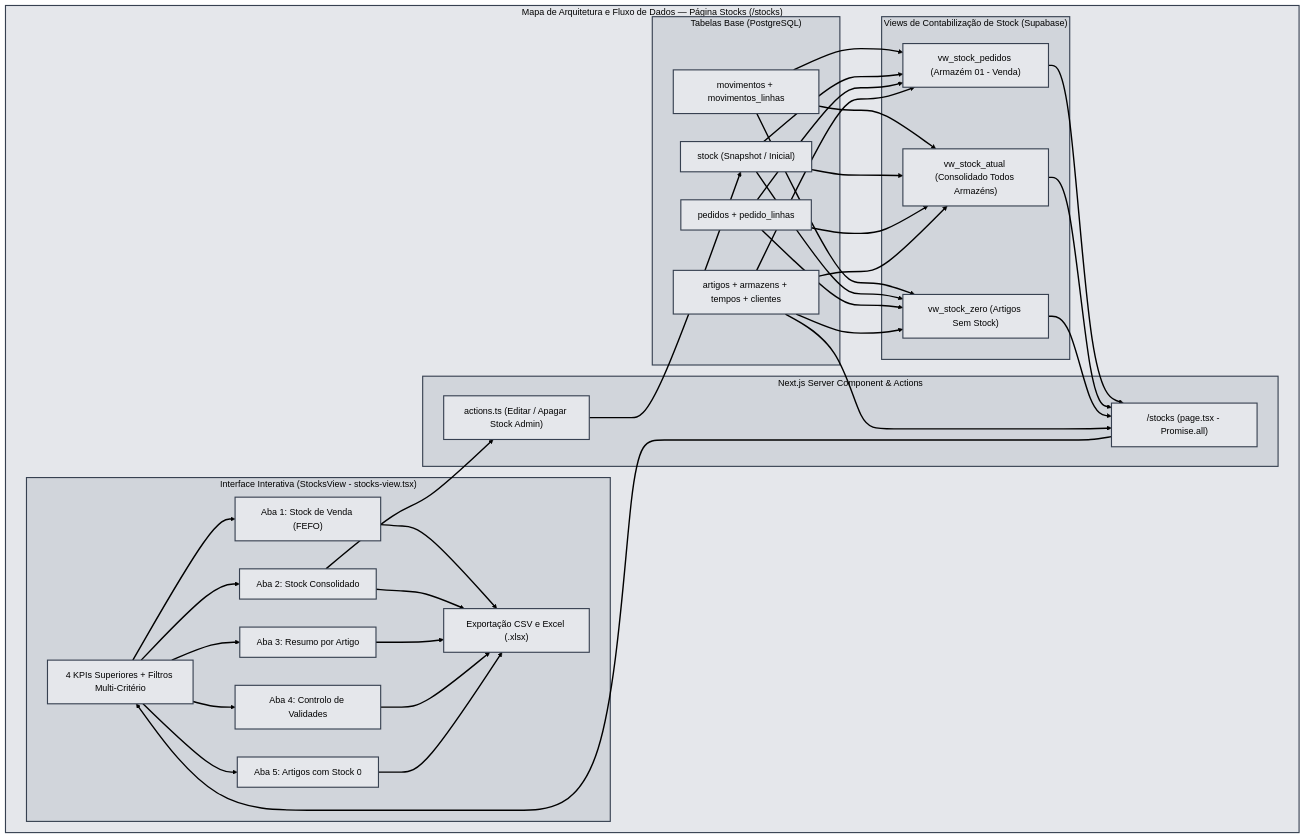
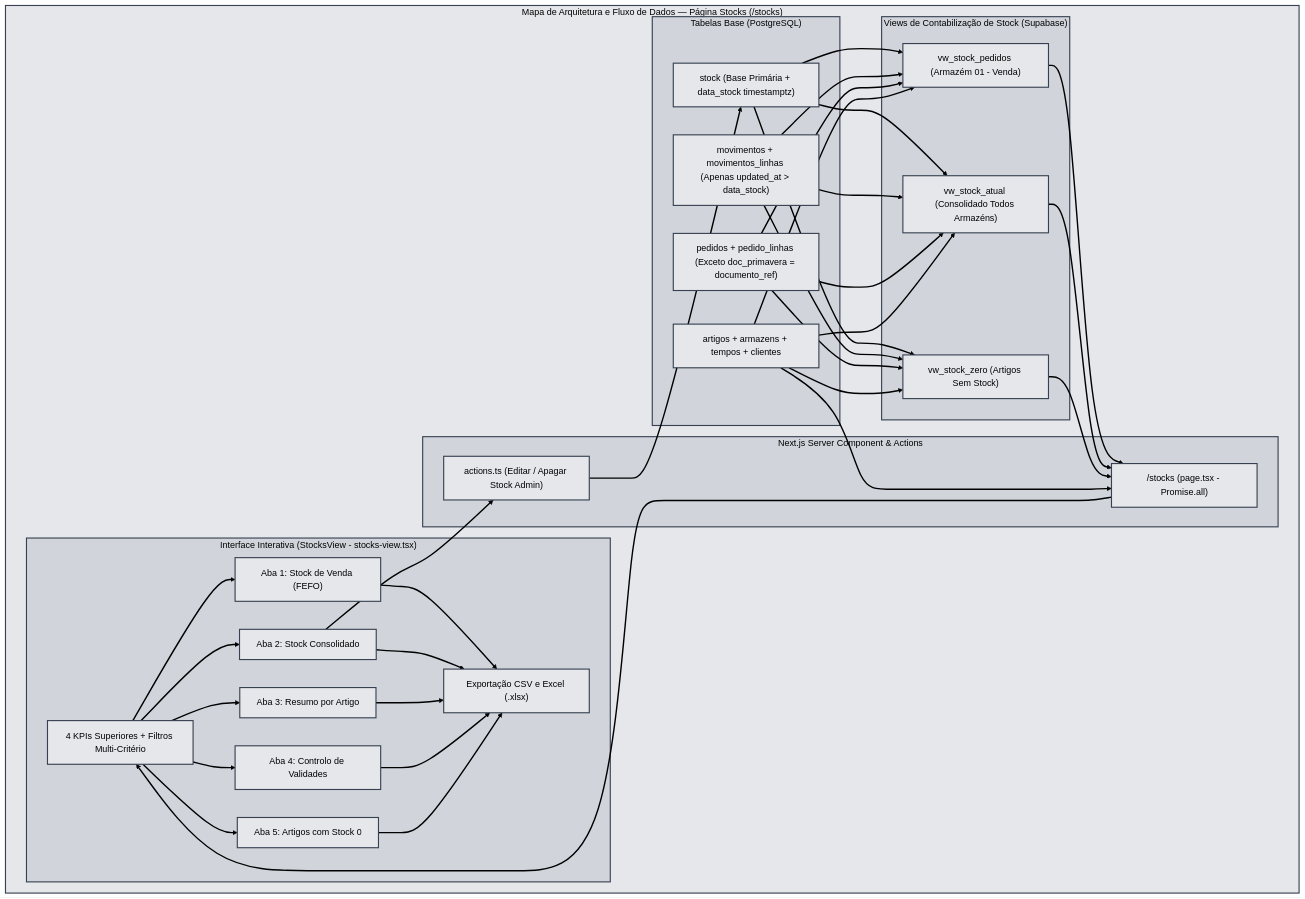
The diagram in docs/DOCUMENTACAO_STOCKS.md (jmv2026/platfarmasupa), drawn with Mermaid before and after one commit. The commit also changed other lines of this file and 5 other files, not shown here.

````diff
--- a/docs/DOCUMENTACAO_STOCKS.md
+++ b/docs/DOCUMENTACAO_STOCKS.md
@@ -14,69 +14,69 @@
 ```mermaid
 %%{init: {"theme": "base", "themeVariables": {"background": "#e5e7eb", "primaryColor": "#e5e7eb", "primaryTextColor": "#000000", "primaryBorderColor": "#374151", "lineColor": "#000000", "secondaryColor": "#e5e7eb", "tertiaryColor": "#d1d5db", "mainBkg": "#e5e7eb", "nodeBkg": "#e5e7eb", "clusterBkg": "#d1d5db", "clusterBorder": "#374151", "titleColor": "#000000", "edgeLabelBackground": "#e5e7eb", "textColor": "#000000", "nodeTextColor": "#000000"}}}%%
 flowchart TD
     subgraph Canvas ["Mapa de Arquitetura e Fluxo de Dados — Página Stocks (/stocks)"]
         subgraph Origem ["Tabelas Base (PostgreSQL)"]
-            T_MOV["movimentos + movimentos_linhas"]
-            T_STK["stock (Snapshot / Inicial)"]
-            T_PED["pedidos + pedido_linhas"]
+            T_STK["stock (Base Primária + data_stock timestamptz)"]
+            T_MOV["movimentos + movimentos_linhas (Apenas updated_at > data_stock)"]
+            T_PED["pedidos + pedido_linhas (Exceto doc_primavera = documento_ref)"]
             T_ART["artigos + armazens + tempos + clientes"]
         end
 
         subgraph Views ["Views de Contabilização de Stock (Supabase)"]
             V_PED["vw_stock_pedidos (Armazém 01 - Venda)"]
             V_ATU["vw_stock_atual (Consolidado Todos Armazéns)"]
             V_ZER["vw_stock_zero (Artigos Sem Stock)"]
         end
 
         subgraph Server ["Next.js Server Component & Actions"]
             P_STK["/stocks (page.tsx - Promise.all)"]
             A_STK["actions.ts (Editar / Apagar Stock Admin)"]
         end
 
         subgraph Client ["Interface Interativa (StocksView - stocks-view.tsx)"]
             KPI["4 KPIs Superiores + Filtros Multi-Critério"]
             TAB1["Aba 1: Stock de Venda (FEFO)"]
             TAB2["Aba 2: Stock Consolidado"]
             TAB3["Aba 3: Resumo por Artigo"]
             TAB4["Aba 4: Controlo de Validades"]
             TAB5["Aba 5: Artigos com Stock 0"]
             EXP["Exportação CSV e Excel (.xlsx)"]
         end
 
-        T_MOV & T_STK & T_PED & T_ART --> V_PED & V_ATU & V_ZER
+        T_STK & T_MOV & T_PED & T_ART --> V_PED & V_ATU & V_ZER
         V_PED & V_ATU & V_ZER & T_ART --> P_STK
         P_STK --> KPI
         KPI --> TAB1 & TAB2 & TAB3 & TAB4 & TAB5
         TAB1 & TAB2 & TAB3 & TAB4 & TAB5 --> EXP
         TAB2 --> A_STK
         A_STK --> T_STK
     end
 
     style Canvas fill:#e5e7eb,stroke:#374151,stroke-width:2px,color:#000000
     style Origem fill:#d1d5db,stroke:#374151,stroke-width:2px,color:#000000
     style Views fill:#d1d5db,stroke:#374151,stroke-width:2px,color:#000000
     style Server fill:#d1d5db,stroke:#374151,stroke-width:2px,color:#000000
     style Client fill:#d1d5db,stroke:#374151,stroke-width:2px,color:#000000
 
     style T_MOV fill:#e5e7eb,stroke:#374151,stroke-width:2px,color:#000000
     style T_STK fill:#e5e7eb,stroke:#374151,stroke-width:2px,color:#000000
     style T_PED fill:#e5e7eb,stroke:#374151,stroke-width:2px,color:#000000
     style T_ART fill:#e5e7eb,stroke:#374151,stroke-width:2px,color:#000000
 
     style V_PED fill:#e5e7eb,stroke:#374151,stroke-width:2px,color:#000000
     style V_ATU fill:#e5e7eb,stroke:#374151,stroke-width:2px,color:#000000
     style V_ZER fill:#e5e7eb,stroke:#374151,stroke-width:2px,color:#000000
 
     style P_STK fill:#e5e7eb,stroke:#374151,stroke-width:2px,color:#000000
     style A_STK fill:#e5e7eb,stroke:#374151,stroke-width:2px,color:#000000
 
     style KPI fill:#e5e7eb,stroke:#374151,stroke-width:2px,color:#000000
     style TAB1 fill:#e5e7eb,stroke:#374151,stroke-width:2px,color:#000000
     style TAB2 fill:#e5e7eb,stroke:#374151,stroke-width:2px,color:#000000
     style TAB3 fill:#e5e7eb,stroke:#374151,stroke-width:2px,color:#000000
     style TAB4 fill:#e5e7eb,stroke:#374151,stroke-width:2px,color:#000000
     style TAB5 fill:#e5e7eb,stroke:#374151,stroke-width:2px,color:#000000
     style EXP fill:#e5e7eb,stroke:#374151,stroke-width:2px,color:#000000
 
     linkStyle default stroke:#000000,stroke-width:2.5px,color:#000000
 ```
````
